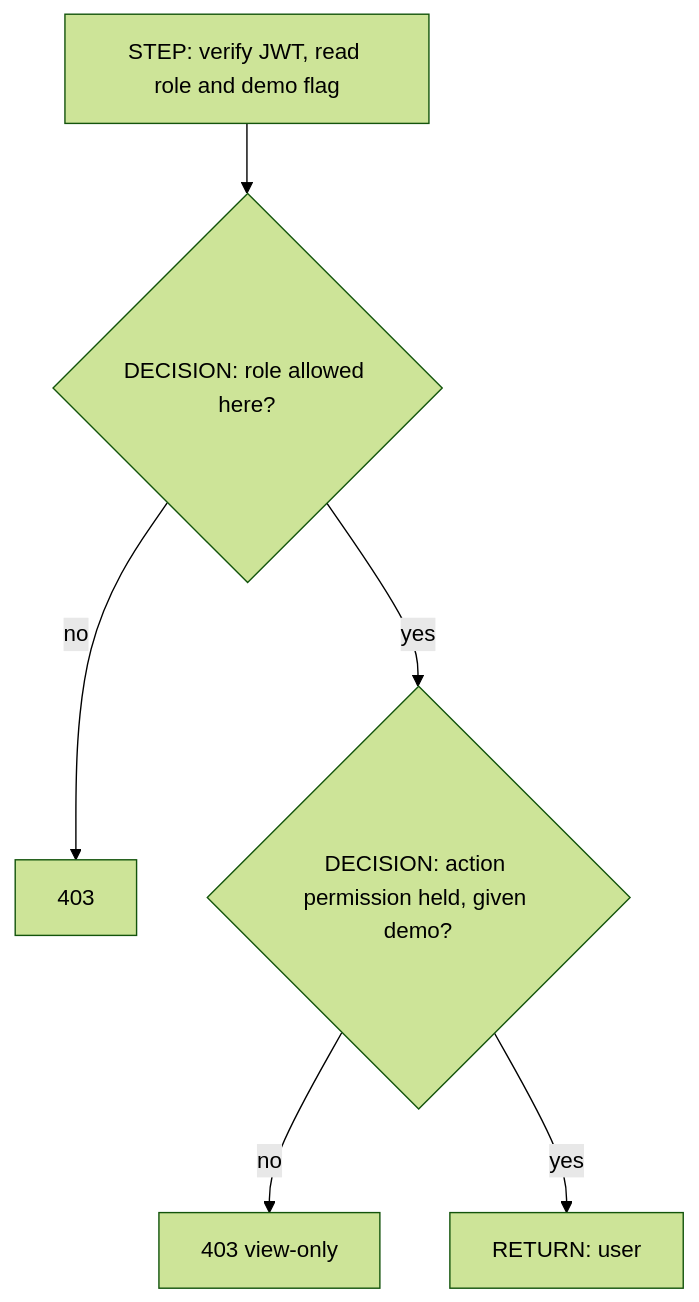
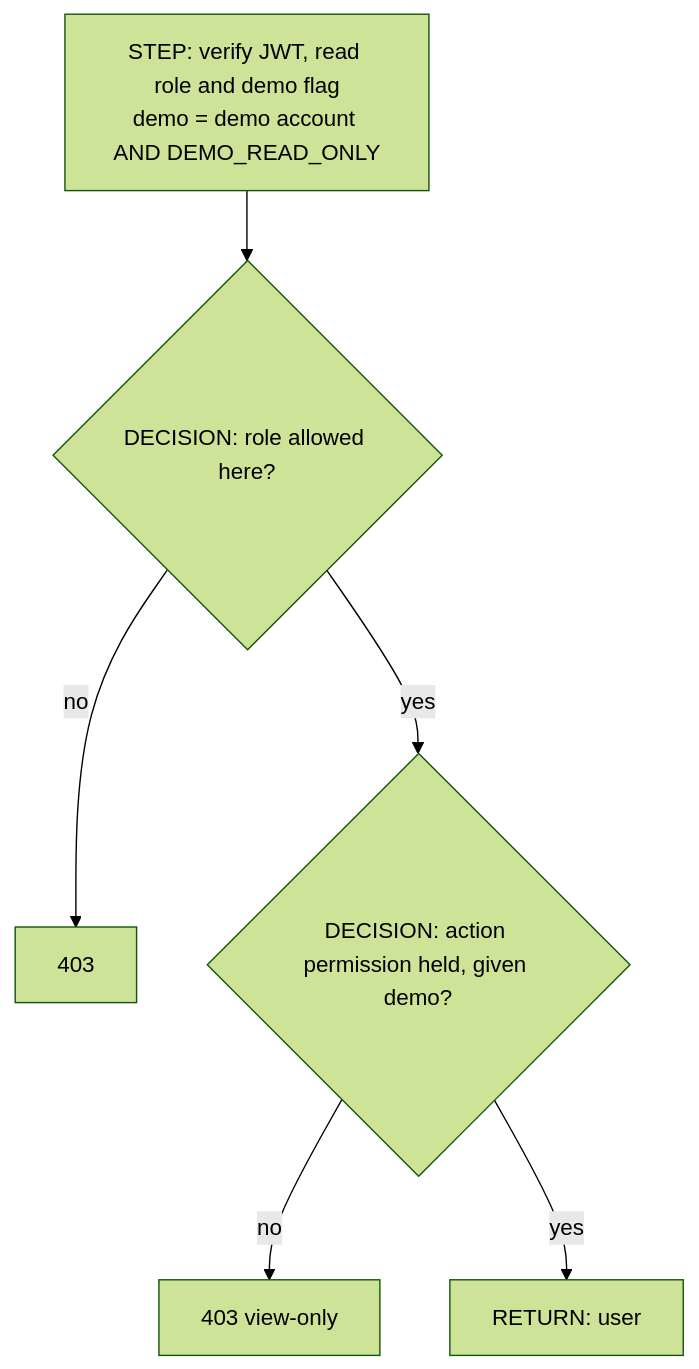
The diagram in docs/cards/rbac-demo.md (SushantTusharJoshi/predictive-care), drawn with Mermaid (forest theme) before and after one commit. The commit also changed other lines of this file and 5 other files, not shown here.

First line of the commit message:
feat: demo accounts act with their full role; DEMO_READ_ONLY makes them view-only

````diff
--- a/docs/cards/rbac-demo.md
+++ b/docs/cards/rbac-demo.md
@@ -17,8 +19,8 @@
 ```mermaid
 flowchart TD
-    A[STEP: verify JWT, read role and demo flag] --> D{DECISION: role allowed here?}
+    A[STEP: verify JWT, read role and demo flag<br/>demo = demo account AND DEMO_READ_ONLY] --> D{DECISION: role allowed here?}
     D -->|no| X[403]
     D -->|yes| P{DECISION: action permission held, given demo?}
     P -->|no| Y[403 view-only]
     P -->|yes| R[RETURN: user]
 ```
````
